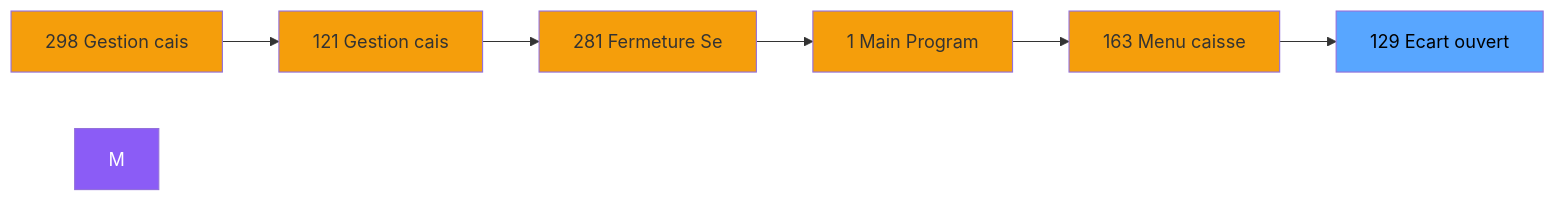
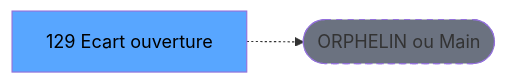
One commit to thonyAGP/lecteur-magic changed the second of 3 diagrams in .openspec/renders/ADH-IDE-129.md. Above: the diagram before and after it, drawn with Mermaid. The commit also changed other lines of this file and 701 other files, not shown here.

````diff
--- a/.openspec/renders/ADH-IDE-129.md
+++ b/.openspec/renders/ADH-IDE-129.md
@@ -112,21 +124,8 @@
 ```mermaid
 graph LR
-    N298[298 Gestion cais]
-    N121[121 Gestion cais]
-    N281[281 Fermeture Se]
-    N1[1 Main Program]
-    N163[163 Menu caisse ]
-    T[129 Ecart ouvert]
-    N298 --> N121
-    N121 --> N281
-    N281 --> N1
-    N1 --> N163
-    N163 --> T
-    style M fill:#8b5cf6,color:#fff
-    style N298 fill:#f59e0b
-    style N121 fill:#f59e0b
-    style N281 fill:#f59e0b
-    style N1 fill:#f59e0b
-    style N163 fill:#f59e0b
+    T[129 Ecart ouverture]
+    ORPHAN([ORPHELIN ou Main])
+    T -.-> ORPHAN
     style T fill:#58a6ff,color:#000
+    style ORPHAN fill:#6b7280,stroke-dasharray: 5 5
 ```
````
